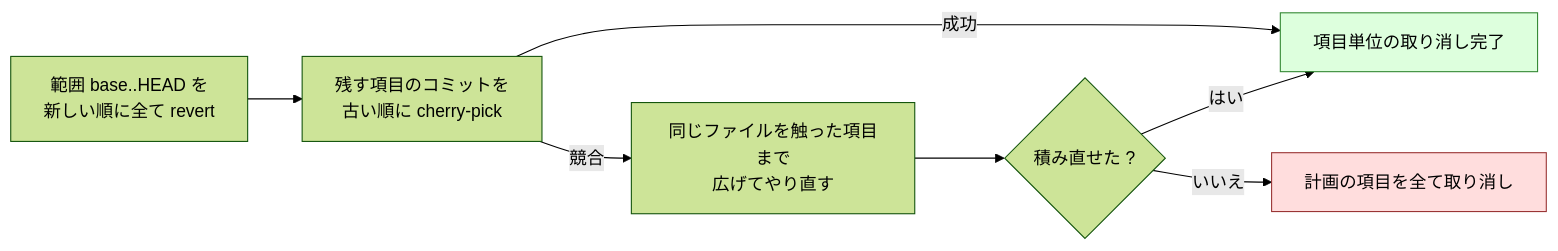
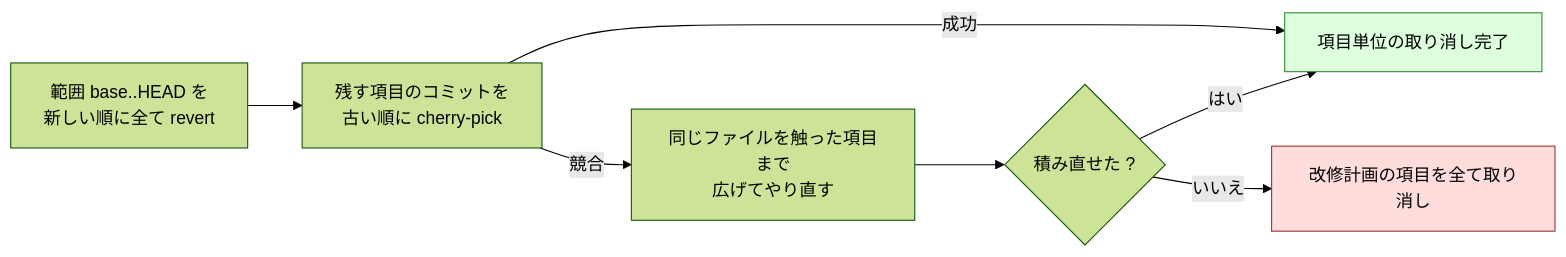
One commit to devbasex/ai-plugins changed the diagram in plugins/ndf/skills/cross-refactoring/docs/04-verify-and-report.md. Above: the diagram before and after it, drawn with Mermaid (forest theme). The commit also changed other lines of this file and 237 other files, not shown here.

````diff
--- a/plugins/ndf/skills/cross-refactoring/docs/04-verify-and-report.md
+++ b/plugins/ndf/skills/cross-refactoring/docs/04-verify-and-report.md
@@ -104,11 +104,11 @@
 ```mermaid
 flowchart LR
     A["範囲 base..HEAD を<br/>新しい順に全て revert"] --> B["残す項目のコミットを<br/>古い順に cherry-pick"]
     B -->|成功| C["項目単位の取り消し完了"]:::ok
     B -->|競合| D["同じファイルを触った項目まで<br/>広げてやり直す"] --> F{"積み直せた ?"}
     F -->|はい| C
-    F -->|いいえ| E["計画の項目を全て取り消し"]:::stop
+    F -->|いいえ| E["改修計画の項目を全て取り消し"]:::stop
 
     classDef ok fill:#dfd,stroke:#383
     classDef stop fill:#fdd,stroke:#933
 ```
````
